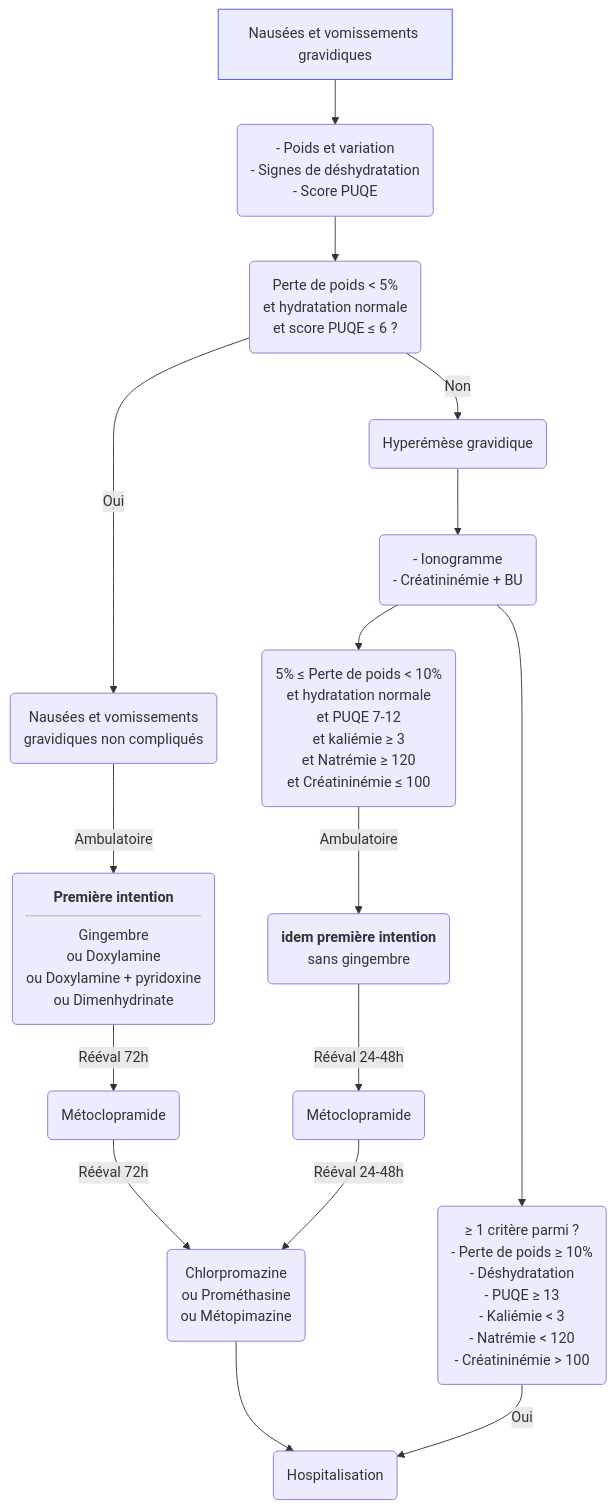
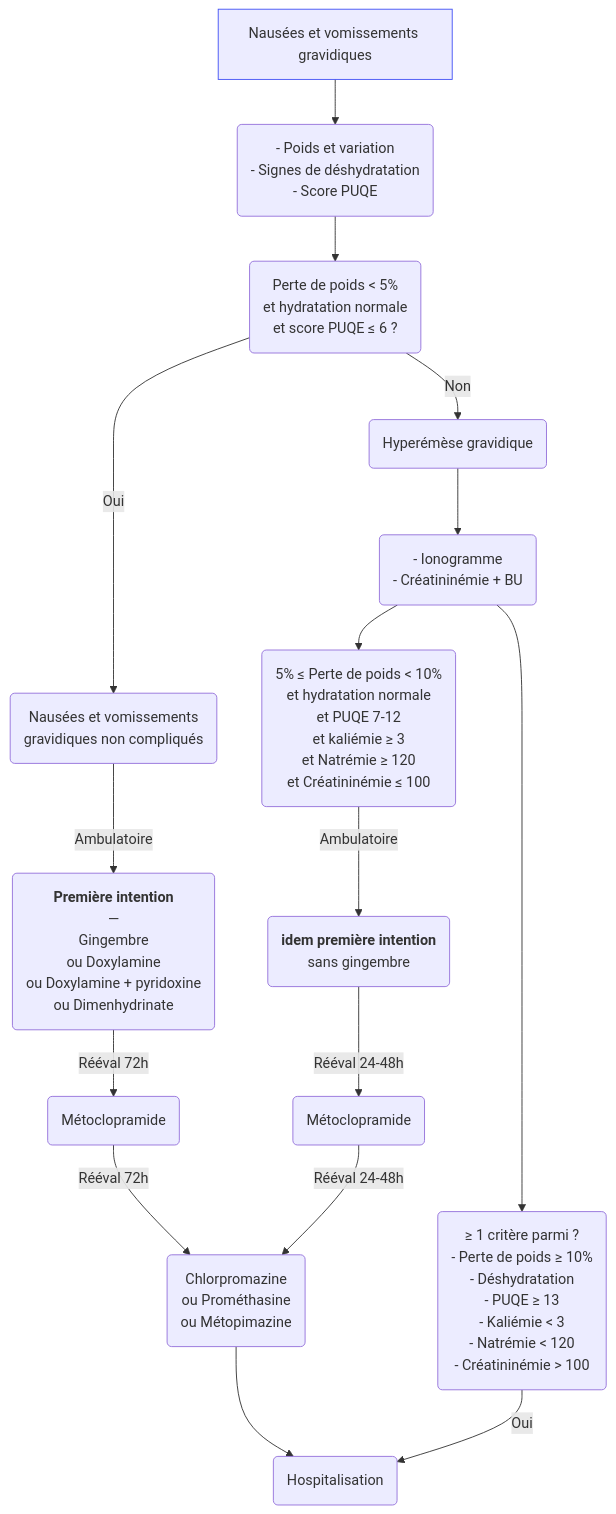
One commit to djibe/recommandations-medicales changed the diagram in content/recommandations/vomissements-grossesse-hyperemese-gravidique.md. Above: the diagram before and after it, drawn with Mermaid. The commit also changed 51 other files, not shown here.

```diff
--- a/content/recommandations/vomissements-grossesse-hyperemese-gravidique.md
+++ b/content/recommandations/vomissements-grossesse-hyperemese-gravidique.md
@@ -140,9 +140,9 @@
 {{< mermaid title="Prise en charge des nausées et des vomissements pendant la grossesse ainsi que de l'hyperémèse gravidique. Dr JB Fron d'après CNGOF 2022" >}}
 graph TB
   nausees[Nausées et vomissements gravidiques] --> clinique("- Poids et variation<br>- Signes de déshydratation<br>- Score PUQE") --> critères("Perte de poids &lt; 5%<br>et hydratation normale<br>et score PUQE ≤ 6 ?")
   style nausees stroke:#4150f5, stroke-width:1px
-    critères -- Oui --> nonCompliqué(Nausées et vomissements<br>gravidiques non compliqués) -- Ambulatoire --> ligne1(<b>Première intention</b><hr>Gingembre<br>ou Doxylamine<br>ou Doxylamine + pyridoxine<br>ou Dimenhydrinate) -- Rééval 72h --> métoclopramide(Métoclopramide) -- Rééval 72h --> ligne3(Chlorpromazine<br>ou Prométhasine<br>ou Métopimazine) --> hospitalisation(Hospitalisation)
+    critères -- Oui --> nonCompliqué(Nausées et vomissements<br>gravidiques non compliqués) -- Ambulatoire --> ligne1(<b>Première intention</b><br>—<br>Gingembre<br>ou Doxylamine<br>ou Doxylamine + pyridoxine<br>ou Dimenhydrinate) -- Rééval 72h --> métoclopramide(Métoclopramide) -- Rééval 72h --> ligne3(Chlorpromazine<br>ou Prométhasine<br>ou Métopimazine) --> hospitalisation(Hospitalisation)
     critères -- Non --> hyperémèse(Hyperémèse gravidique) --> bilan("- Ionogramme<br>- Créatininémie + BU")
       bilan --> correct("5% ≤ Perte de poids &lt; 10%<br>et hydratation normale<br>et PUQE 7-12<br>et kaliémie ≥ 3<br>et Natrémie ≥ 120<br>et Créatininémie ≤ 100") -- Ambulatoire --> ligneh1(<b>idem première intention</b><br>sans gingembre) -- Rééval 24-48h --> ligneh2(Métoclopramide) -- Rééval 24-48h --> ligne3
       bilan --> grave("≥ 1 critère parmi ?<br>- Perte de poids ≥ 10%<br>- Déshydratation<br>- PUQE ≥ 13<br>- Kaliémie &lt; 3<br>- Natrémie &lt; 120<br>- Créatininémie &gt; 100") -- Oui --> hospitalisation
 {{< /mermaid >}}
```
